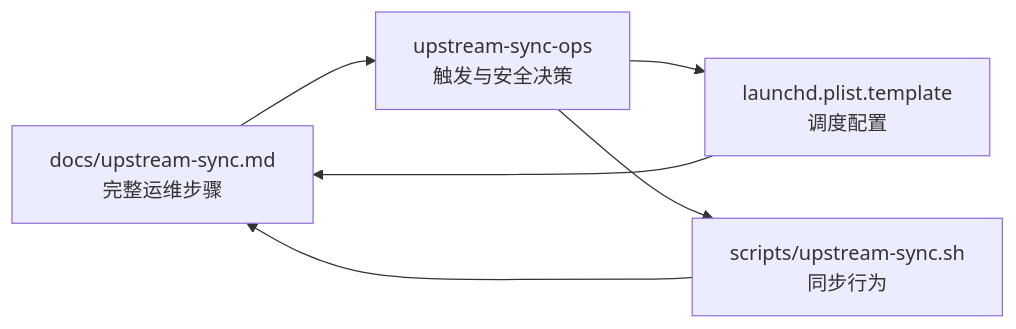
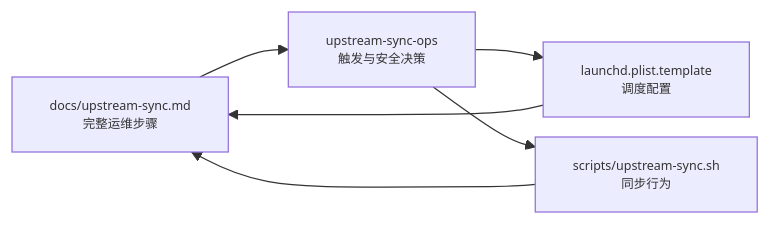
Before and after one commit to eanzhao-os/aevatar-review: the diagram in docs/superpowers/specs/2026-08-04-upstream-sync-operations-design.md, drawn with Mermaid. The commit also changed other lines of this file and 2 other files, not shown here.

````diff
--- a/docs/superpowers/specs/2026-08-04-upstream-sync-operations-design.md
+++ b/docs/superpowers/specs/2026-08-04-upstream-sync-operations-design.md
@@ -23,8 +23,9 @@
 ```mermaid
+%%{init: {"maxTextSize": 100000, "flowchart": {"useMaxWidth": false, "nodeSpacing": 16, "rankSpacing": 48}, "themeVariables": {"fontSize": "10px"}}}%%
 flowchart LR
     D["docs/upstream-sync.md\n完整运维步骤"] --> S["upstream-sync-ops\n触发与安全决策"]
     T["launchd.plist.template\n调度配置"] --> D
     R["scripts/upstream-sync.sh\n同步行为"] --> D
     S --> T
     S --> R
 ```
````
